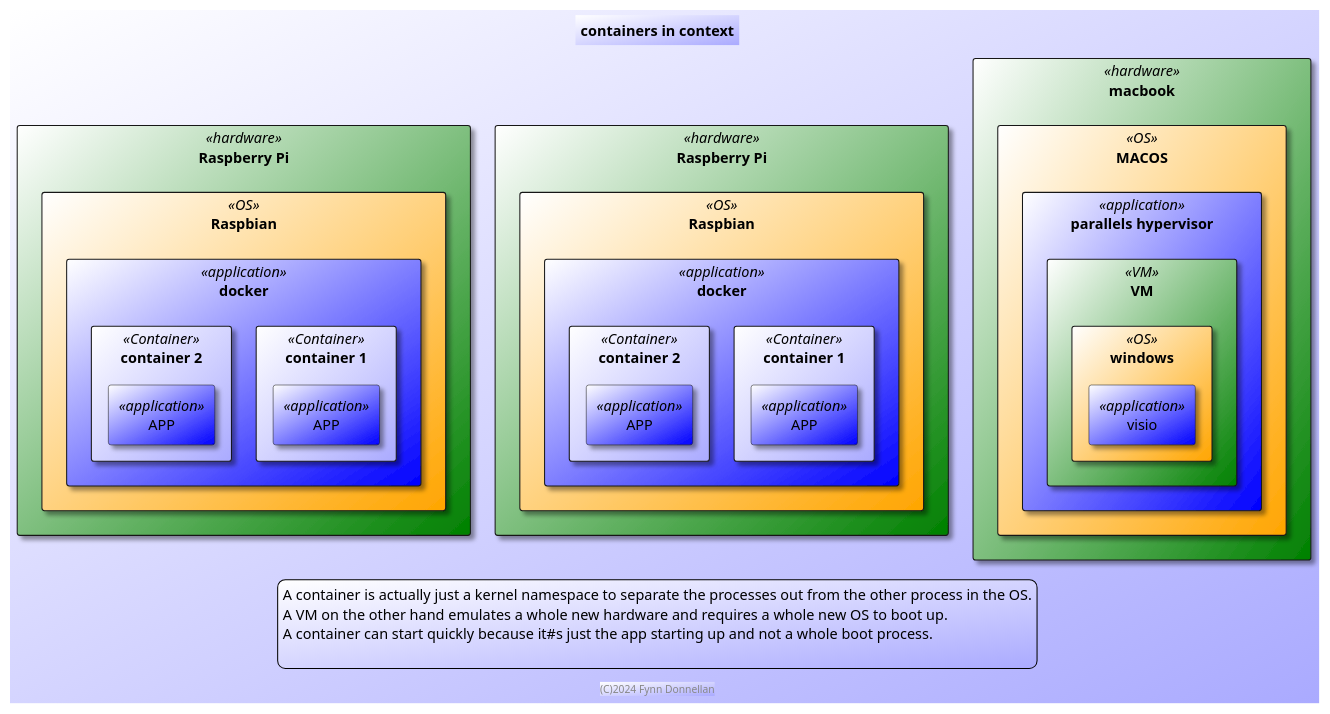
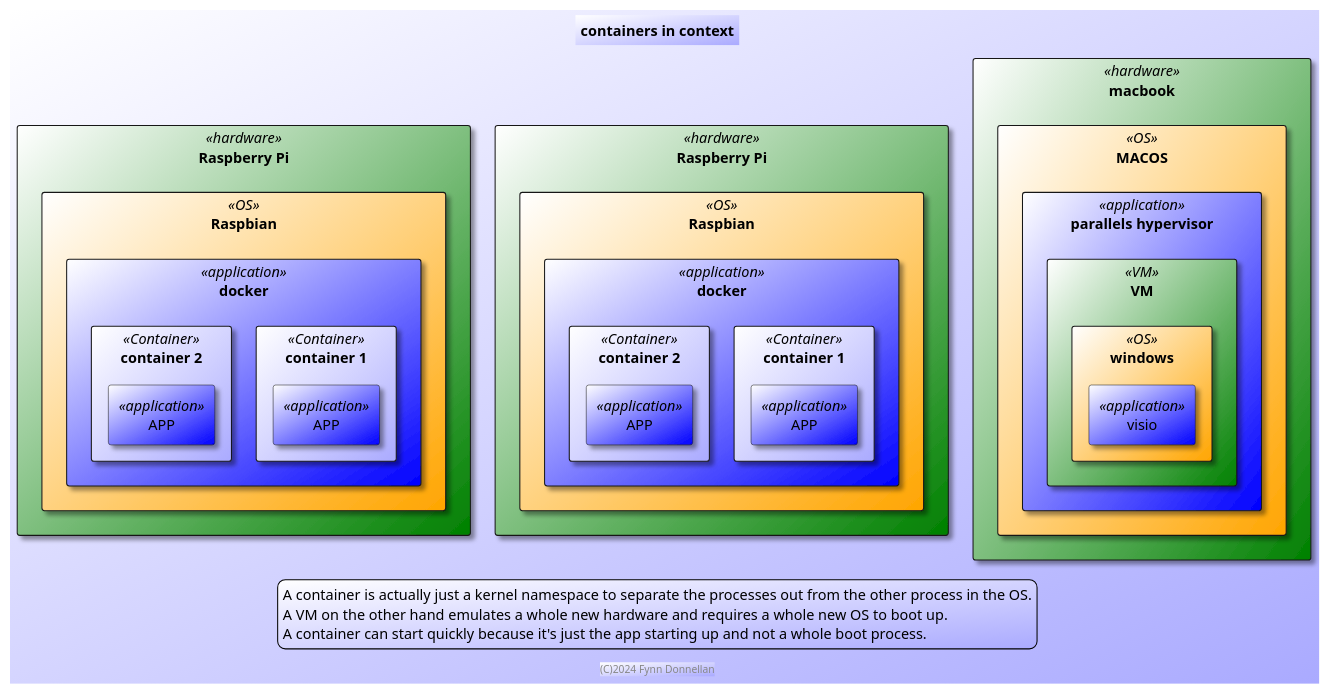
The diagram in images/virtualization.plantuml (DonFynn/pi-Zero-Cluster), drawn with PlantUML before and after one commit. The commit also changed 1 other file, not shown here.

Commit message:
just some spelling

```diff
--- a/images/virtualization.plantuml
+++ b/images/virtualization.plantuml
@@ -1,56 +1,55 @@
 @startuml
 title containers in context
 footer (C)2024 Fynn Donnellan
 
 skinparam BackgroundColor #fff/aaf
 skinparam rectangleBackgroundColor #fff/aaf
 skinparam rectangleBackgroundColor<<OS>> #fff/orange
 skinparam rectangleBackgroundColor<<application>> #fff/blue
 skinparam rectangleBackgroundColor<<hardware>> #fff/green
 skinparam rectangleBackgroundColor<<VM>> #fff/green
 skinparam Shadowing 1
 
 rectangle "Raspberry Pi" as hw.1 <<hardware>> {
     rectangle "Raspbian" as hw.1.os <<OS>>{
         rectangle "docker" as hw.1.os.docker <<application>> {
             rectangle "container 1" as hw.1.os.docker.c.1 <<Container>> {
                 rectangle "APP" as hw.1.os.docker.c.1.app.1 <<application>>
             }
             rectangle "container 2" as hw.1.os.docker.c.2 <<Container>> {
                 rectangle "APP" as hw.1.os.docker.c.2.app.1 <<application>>
             }
         }
     }
 }
 rectangle "Raspberry Pi" as hw.3 <<hardware>> {
     rectangle "Raspbian" as hw.3.os <<OS>>{
         rectangle "docker" as hw.3.os.docker <<application>> {
             rectangle "container 1" as hw.3.os.docker.c.1 <<Container>> {
                 rectangle "APP" as hw.3.os.docker.c.1.app.1 <<application>>
             }
             rectangle "container 2" as hw.3.os.docker.c.2 <<Container>> {
                 rectangle "APP" as hw.3.os.docker.c.2.app.1 <<application>>
             }
         }
     }
 }
 rectangle "macbook" as hw.2 <<hardware>> {
     rectangle "MACOS" as hw.2.os <<OS>>{
         rectangle "parallels hypervisor" as hw.2.os.hyp <<application>> {
             rectangle "VM" as hw.2.os.hyp.vm.1 <<VM>> {
                 rectangle "windows" as hw.2.os.hyp.vm.1.os <<OS>> {
                     rectangle "visio" as hw.2.os.hyp.vm.1.os.app.1 <<application>>
                 }
             }
         }
     }
 }
 
 legend
     A container is actually just a kernel namespace to separate the processes out from the other process in the OS.
     A VM on the other hand emulates a whole new hardware and requires a whole new OS to boot up.
-    A container can start quickly because it#s just the app starting up and not a whole boot process.
-
+    A container can start quickly because it's just the app starting up and not a whole boot process.
 end legend
 
 @enduml
```
